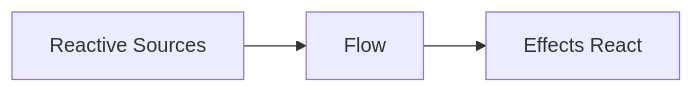
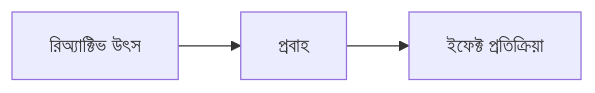
Before and after one commit to sohrabinument/javascript-guidebook: the third of 4 diagrams in pages/javascript-guidebook-bn/React-js/module-04/synchronizing-with-effects-overview/synchronizing-with-effects-advanced.mdx, drawn with Mermaid. The commit also changed other lines of this file and 1 other file, not shown here.

````diff
--- a/pages/javascript-guidebook-bn/React-js/module-04/synchronizing-with-effects-overview/synchronizing-with-effects-advanced.mdx
+++ b/pages/javascript-guidebook-bn/React-js/module-04/synchronizing-with-effects-overview/synchronizing-with-effects-advanced.mdx
@@ -1016,4 +1016,4 @@
 ```mermaid
 graph LR
-    A[Reactive Sources] --> B[Flow] --> C[Effects React]
+    A[রিঅ্যাক্টিভ উৎস] --> B[প্রবাহ] --> C[ইফেক্ট প্রতিক্রিয়া]
 ```
````
